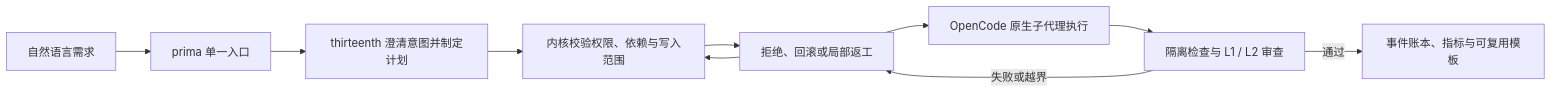
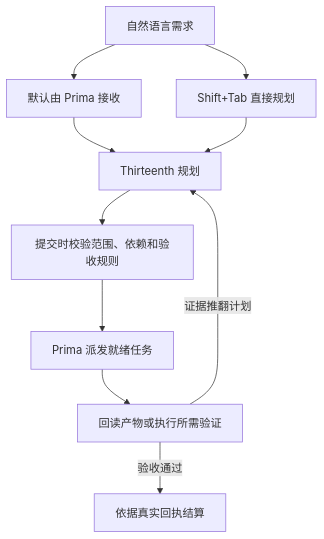
Before and after one commit to zhiwenC125/Cybertron-agents: the diagram in README.md, drawn with Mermaid. The commit also changed other lines of this file and 212 other files, not shown here.

````diff
--- a/README.md
+++ b/README.md
@@ -91,12 +88,12 @@
 ```mermaid
-flowchart LR
-    U[自然语言需求] --> P[prima 单一入口]
-    P --> T[thirteenth 澄清意图并制定计划]
-    T --> K[内核校验权限、依赖与写入范围]
-    K --> R[prima 评审计划并派发]
-    R --> A[OpenCode 原生子代理执行]
-    A --> C[隔离检查与 L1 / L2 审查]
-    C -->|通过| E[事件账本、指标与可复用模板]
-    C -->|失败或越界| R[拒绝、回滚或局部返工]
-    R --> K
+flowchart TD
+    U[自然语言需求] --> P[默认由 Prima 接收]
+    P --> T[Thirteenth 规划]
+    U --> S[Shift+Tab 直接规划]
+    S --> T
+    T --> K[提交时校验范围、依赖和验收规则]
+    K --> D[Prima 派发就绪任务]
+    D --> V[回读产物或执行所需验证]
+    V -->|验收通过| E[依据真实回执结算]
+    V -->|证据推翻计划| T
 ```
````
